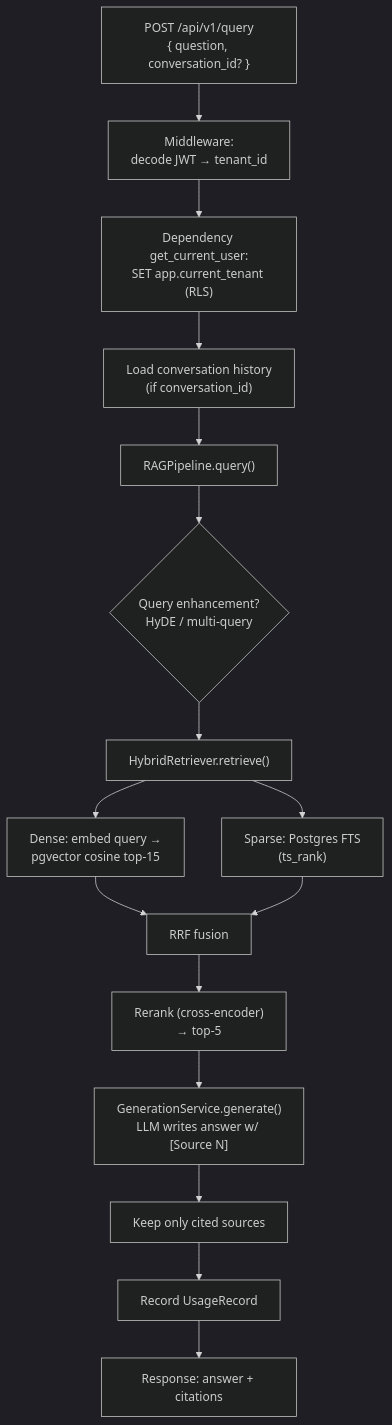
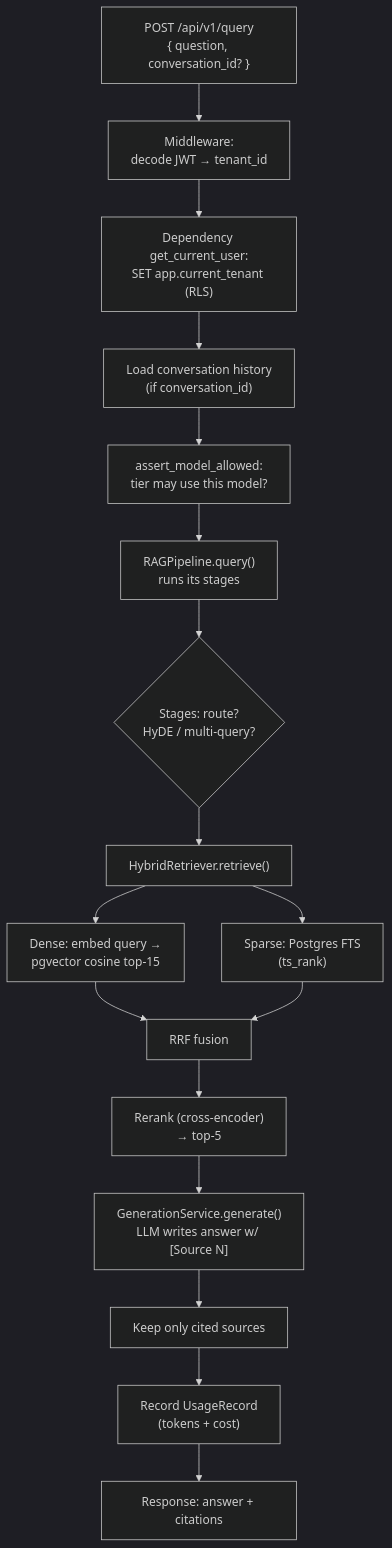
The diagram in docs/learn/14-query-trace.md (objectgyan/agentic-rag-system), drawn with Mermaid (dark theme) before and after one commit. The commit also changed other lines of this file and 6 other files, not shown here.

````diff
--- a/docs/learn/14-query-trace.md
+++ b/docs/learn/14-query-trace.md
@@ -12,18 +12,19 @@
 ```mermaid
 flowchart TB
     REQ["POST /api/v1/query<br/>{ question, conversation_id? }"] --> MW["Middleware:<br/>decode JWT → tenant_id"]
     MW --> DEP["Dependency get_current_user:<br/>SET app.current_tenant (RLS)"]
     DEP --> HIST["Load conversation history<br/>(if conversation_id)"]
-    HIST --> PIPE["RAGPipeline.query()"]
-    PIPE --> ENH{"Query enhancement?<br/>HyDE / multi-query"}
+    HIST --> POL["assert_model_allowed:<br/>tier may use this model?"]
+    POL --> PIPE["RAGPipeline.query()<br/>runs its stages"]
+    PIPE --> ENH{"Stages: route?<br/>HyDE / multi-query?"}
     ENH --> RET["HybridRetriever.retrieve()"]
     RET --> DENSE["Dense: embed query →<br/>pgvector cosine top-15"]
     RET --> SPARSE["Sparse: Postgres FTS<br/>(ts_rank)"]
     DENSE --> RRF["RRF fusion"]
     SPARSE --> RRF
     RRF --> RR["Rerank (cross-encoder)<br/>→ top-5"]
     RR --> GEN["GenerationService.generate()<br/>LLM writes answer w/ [Source N]"]
     GEN --> CITE["Keep only cited sources"]
-    CITE --> USAGE["Record UsageRecord"]
+    CITE --> USAGE["Record UsageRecord<br/>(tokens + cost)"]
     USAGE --> RESP["Response: answer + citations"]
 ```
````
